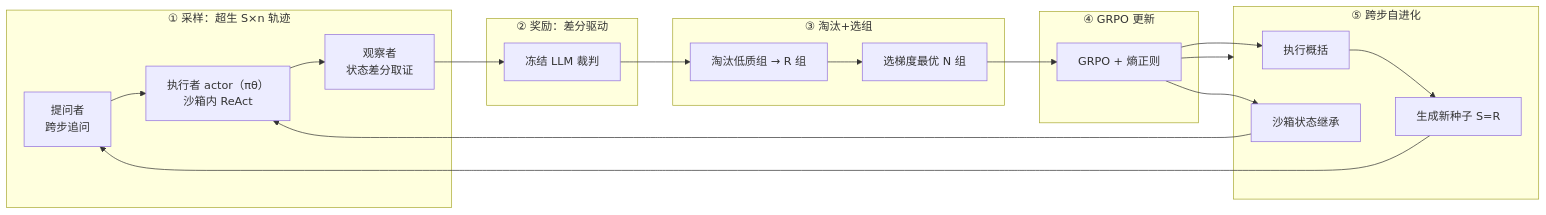
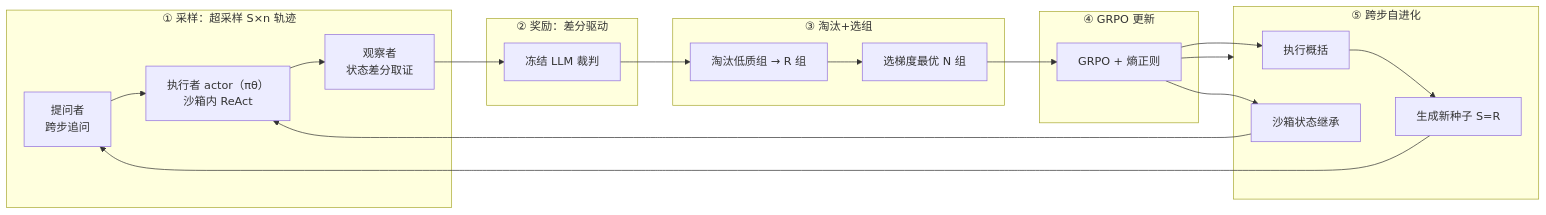
Before and after one commit to sunhatSH/self-evolving-agent-rl: the diagram in proposal/开题报告.md, drawn with Mermaid. The commit also changed other lines of this file and 6 other files, not shown here.

````diff
--- a/proposal/开题报告.md
+++ b/proposal/开题报告.md
@@ -103,35 +109,35 @@
 ```mermaid
 flowchart LR
-    subgraph SAMPLE["① 采样：超生 S×n 轨迹"]
+    subgraph SAMPLE["① 采样：超采样 S×n 轨迹"]
         Q["提问者<br/>跨步追问"]
         A["执行者 actor（πθ）<br/>沙箱内 ReAct"]
         O["观察者<br/>状态差分取证"]
         Q --> A
         A --> O
     end
     subgraph REWARD["② 奖励：差分驱动"]
         J["冻结 LLM 裁判"]
         O --> J
     end
     subgraph SELECT["③ 淘汰+选组"]
         E["淘汰低质组 → R 组"]
         S["选梯度最优 N 组"]
         J --> E
         E --> S
     end
     subgraph UPDATE["④ GRPO 更新"]
         G["GRPO + 熵正则"]
         S --> G
     end
     G --> CROSS
     subgraph CROSS["⑤ 跨步自进化"]
         SUM["执行概括"]
         RESTORE["沙箱状态继承"]
         Q2["生成新种子 S=R"]
         G --> SUM
         SUM --> Q2
         G --> RESTORE
         RESTORE --> A
         Q2 --> Q
     end
 ```
````
